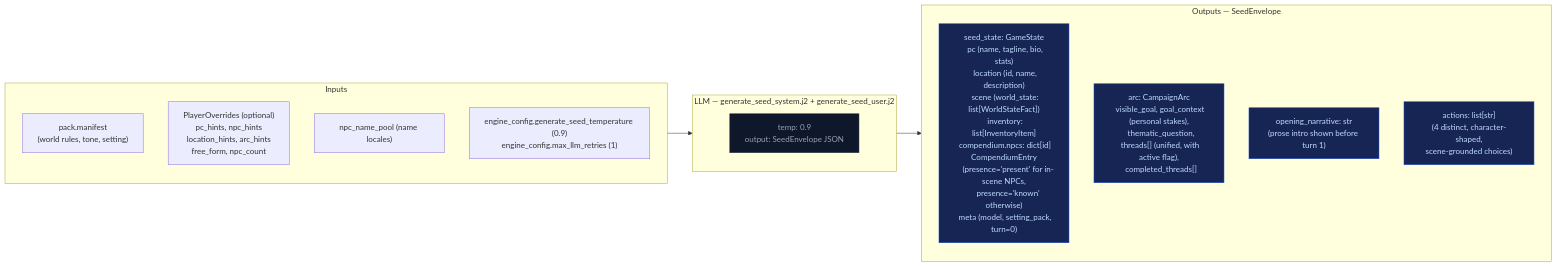
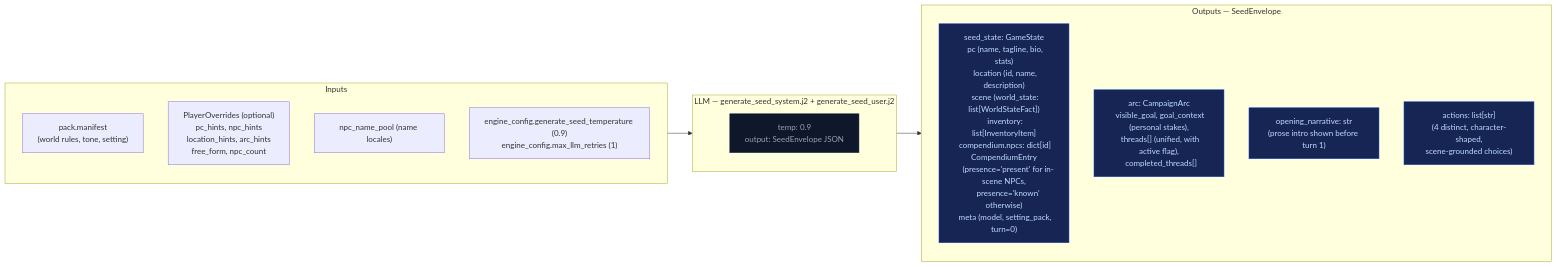
The second of 2 diagrams in docs/architecture/out-of-band.md (pww217/fablethread), drawn with Mermaid before and after one commit. The commit also changed 13 other files, not shown here.

First line of the commit message:
Remove thematic_question and clean up stale thread fields (tags, key)

````diff
--- a/docs/architecture/out-of-band.md
+++ b/docs/architecture/out-of-band.md
@@ -32,26 +32,26 @@
 ```mermaid
 flowchart LR
     classDef llmNode fill:#0f172a,color:#94a3b8,stroke:#334155
     classDef outNode fill:#172554,color:#bfdbfe,stroke:#1d4ed8
 
     subgraph IN["Inputs"]
         G1["pack.manifest<br>(world rules, tone, setting)"]
         G3["PlayerOverrides (optional)<br>  pc_hints, npc_hints<br>  location_hints, arc_hints<br>  free_form, npc_count"]
         G4["npc_name_pool (name locales)"]
         G5["engine_config.generate_seed_temperature (0.9)<br>engine_config.max_llm_retries (1)"]
     end
 
     subgraph LLM_GS["LLM — generate_seed_system.j2 + generate_seed_user.j2"]
         GL["temp: 0.9<br>output: SeedEnvelope JSON"]:::llmNode
     end
 
     subgraph OUT["Outputs — SeedEnvelope"]
         O1["seed_state: GameState<br>  pc (name, tagline, bio, stats)<br>  location (id, name, description)<br>  scene (world_state: list[WorldStateFact])<br>  inventory: list[InventoryItem]<br>  compendium.npcs: dict[id] CompendiumEntry<br>    (presence='present' for in-scene NPCs,<br>     presence='known' otherwise)<br>  meta (model, setting_pack, turn=0)"]:::outNode
-        O2["arc: CampaignArc<br>  visible_goal, goal_context (personal stakes),<br>  thematic_question,<br>  threads[] (unified, with active flag),<br>  completed_threads[]"]:::outNode
+        O2["arc: CampaignArc<br>  visible_goal, goal_context (personal stakes),<br>  threads[] (unified, with active flag),<br>  completed_threads[]"]:::outNode
         O3["opening_narrative: str<br>(prose intro shown before turn 1)"]:::outNode
         O4["actions: list[str]<br>(4 distinct, character-shaped,<br>scene-grounded choices)"]:::outNode
     end
 
     IN --> LLM_GS
     LLM_GS --> OUT
 ```
````
